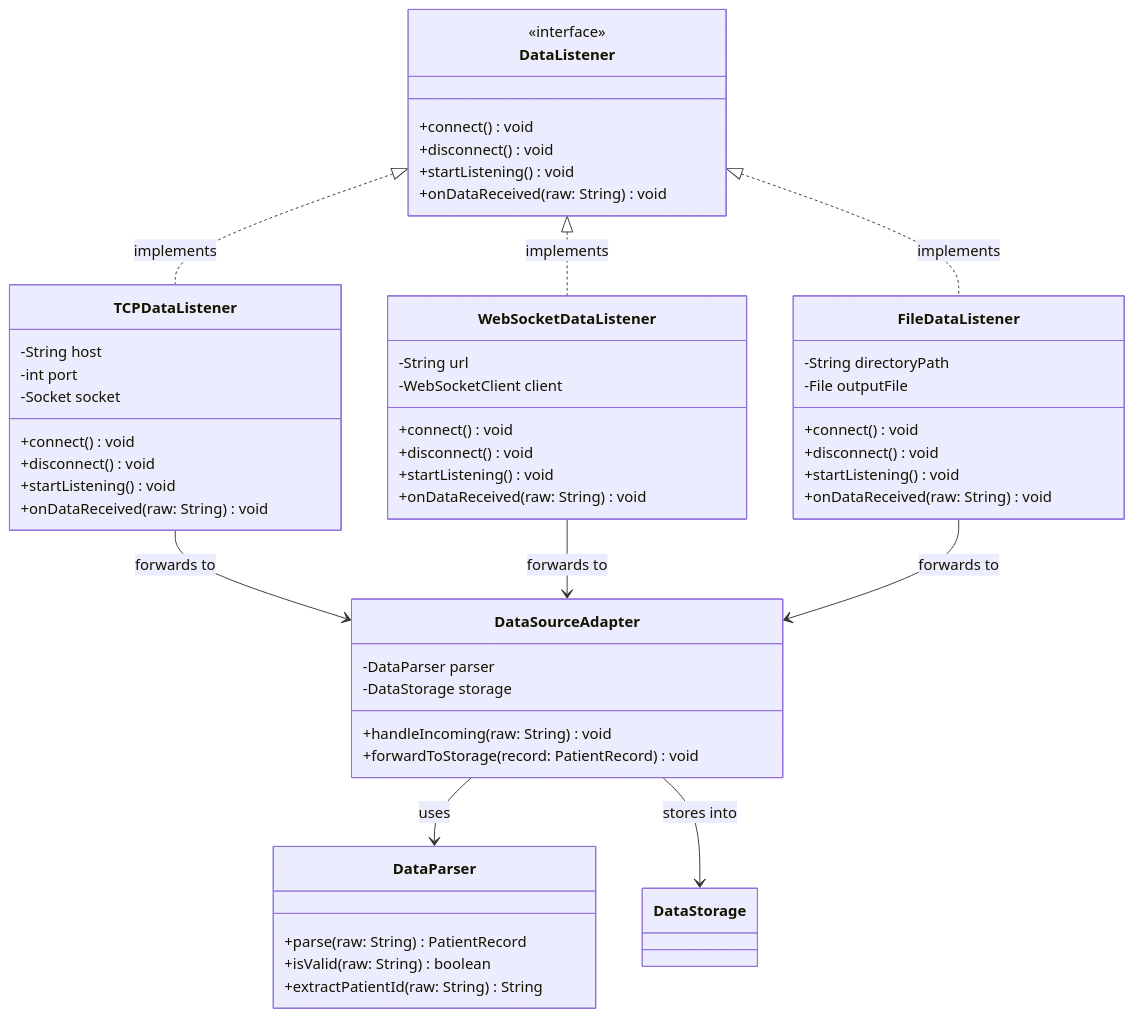
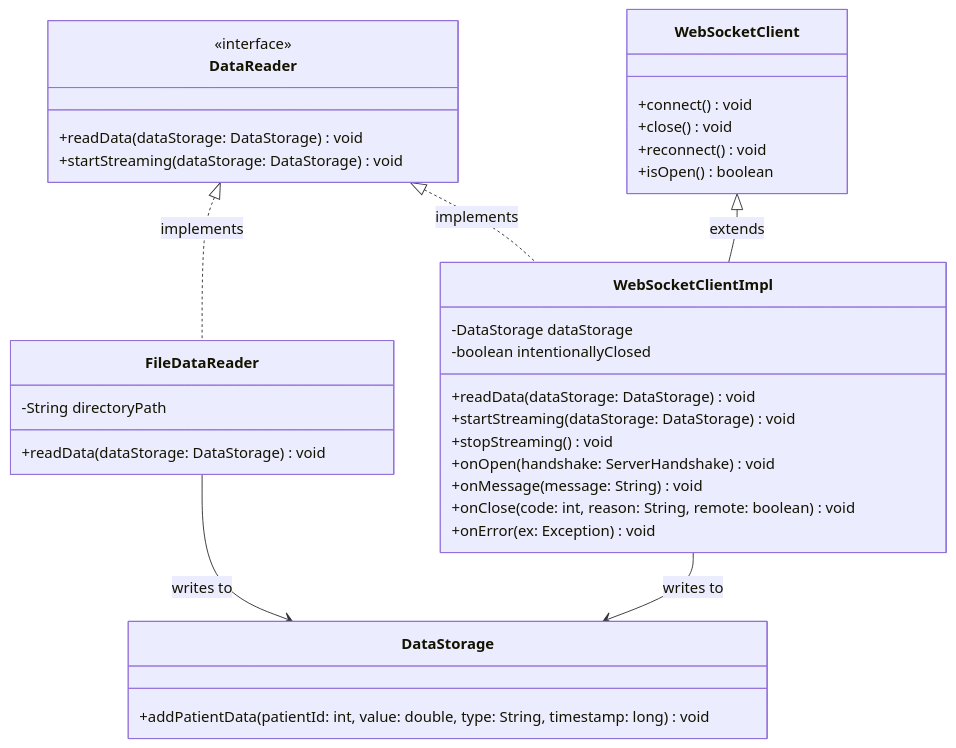
The fourth of 4 diagrams in uml-models/uml_models.md (yuriboulderingGIT/Software-Enginering-Project-1), drawn with Mermaid before and after one commit. The commit also changed other lines of this file and 43 other files, not shown here.

Commit message:
Final cleanup - fix singleton, Javadoc gaps, DataStorageTest expanded, JAR renamed to correct student ID, UML diagrams updated, screenshots added, updated README

````diff
--- a/uml-models/uml_models.md
+++ b/uml-models/uml_models.md
@@ -251,60 +288,42 @@
 ```mermaid
 classDiagram
-    class DataListener {
+    class DataReader {
         <<interface>>
-        +connect() void
-        +disconnect() void
-        +startListening() void
-        +onDataReceived(raw: String) void
+        +readData(dataStorage: DataStorage) void
+        +startStreaming(dataStorage: DataStorage) void
     }
 
-    class TCPDataListener {
-        -String host
-        -int port
-        -Socket socket
-        +connect() void
-        +disconnect() void
-        +startListening() void
-        +onDataReceived(raw: String) void
+    class FileDataReader {
+        -String directoryPath
+        +readData(dataStorage: DataStorage) void
     }
 
-    class WebSocketDataListener {
-        -String url
-        -WebSocketClient client
-        +connect() void
-        +disconnect() void
-        +startListening() void
-        +onDataReceived(raw: String) void
+    class WebSocketClientImpl {
+        -DataStorage dataStorage
+        -boolean intentionallyClosed
+        +readData(dataStorage: DataStorage) void
+        +startStreaming(dataStorage: DataStorage) void
+        +stopStreaming() void
+        +onOpen(handshake: ServerHandshake) void
+        +onMessage(message: String) void
+        +onClose(code: int, reason: String, remote: boolean) void
+        +onError(ex: Exception) void
     }
 
-    class FileDataListener {
-        -String directoryPath
-        -File outputFile
+    class WebSocketClient {
         +connect() void
-        +disconnect() void
-        +startListening() void
-        +onDataReceived(raw: String) void
+        +close() void
+        +reconnect() void
+        +isOpen() boolean
     }
 
-    class DataParser {
-        +parse(raw: String) PatientRecord
-        +isValid(raw: String) boolean
-        +extractPatientId(raw: String) String
+    class DataStorage {
+        +addPatientData(patientId: int, value: double, type: String, timestamp: long) void
     }
 
-    class DataSourceAdapter {
-        -DataParser parser
-        -DataStorage storage
-        +handleIncoming(raw: String) void
-        +forwardToStorage(record: PatientRecord) void
-    }
-
-    DataListener <|.. TCPDataListener : implements
-    DataListener <|.. WebSocketDataListener : implements
-    DataListener <|.. FileDataListener : implements
-    TCPDataListener --> DataSourceAdapter : forwards to
-    WebSocketDataListener --> DataSourceAdapter : forwards to
-    FileDataListener --> DataSourceAdapter : forwards to
-    DataSourceAdapter --> DataParser : uses
-    DataSourceAdapter --> DataStorage : stores into
+    DataReader <|.. FileDataReader : implements
+    DataReader <|.. WebSocketClientImpl : implements
+    WebSocketClient <|-- WebSocketClientImpl : extends
+    WebSocketClientImpl --> DataStorage : writes to
+    FileDataReader --> DataStorage : writes to
 ```
````
